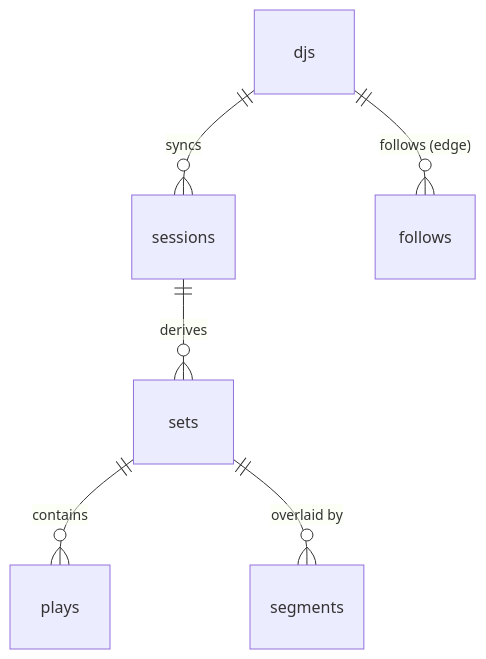
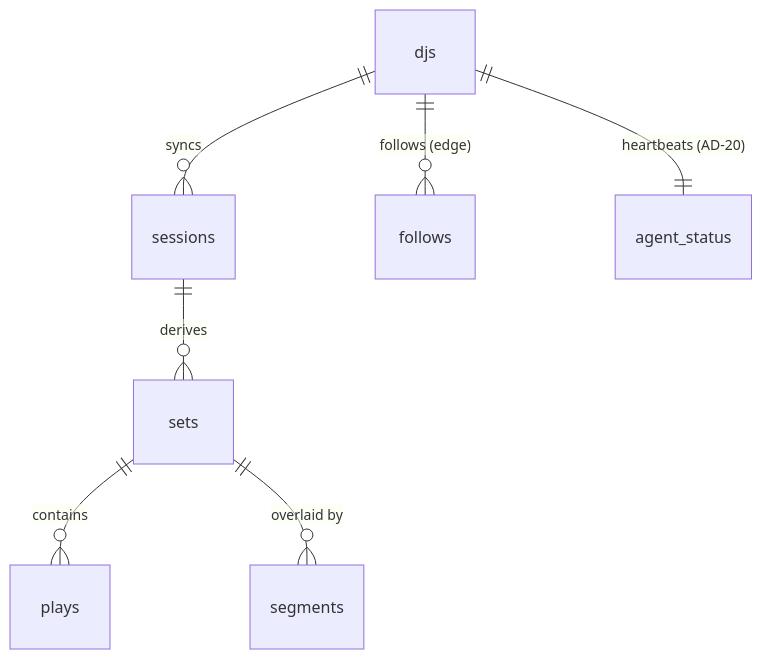
Before and after one commit to 5arjun/curfew.vip: the fourth of 4 diagrams in _bmad-output/planning-artifacts/architecture/architecture-name-pending-2026-07-20/ARCHITECTURE-SPINE.md, drawn with Mermaid. The commit also changed other lines of this file and 20 other files, not shown here.

First line of the commit message:
Story 3.9: agent-status heartbeat, console voice, a11y/responsive pass (pre-review)

````diff
--- a/_bmad-output/planning-artifacts/architecture/architecture-name-pending-2026-07-20/ARCHITECTURE-SPINE.md
+++ b/_bmad-output/planning-artifacts/architecture/architecture-name-pending-2026-07-20/ARCHITECTURE-SPINE.md
@@ -253,8 +259,9 @@
 ```mermaid
 erDiagram
   djs ||--o{ sessions : syncs
   sessions ||--o{ sets : derives
   sets ||--o{ plays : contains
   sets ||--o{ segments : "overlaid by"
   djs ||--o{ follows : "follows (edge)"
+  djs ||--|| agent_status : "heartbeats (AD-20)"
 ```
````
